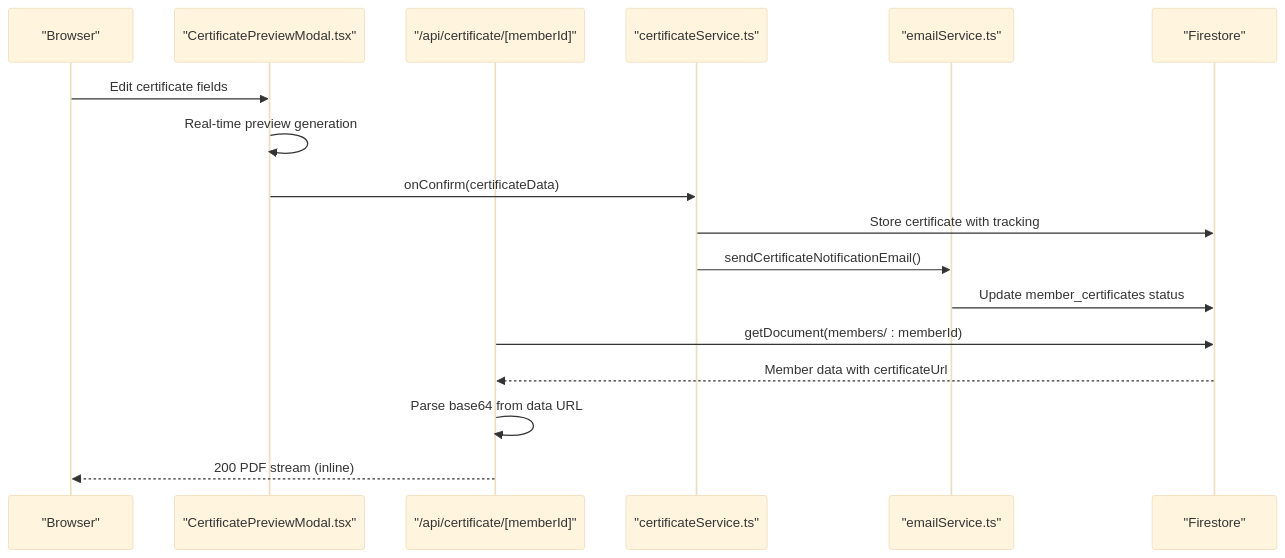
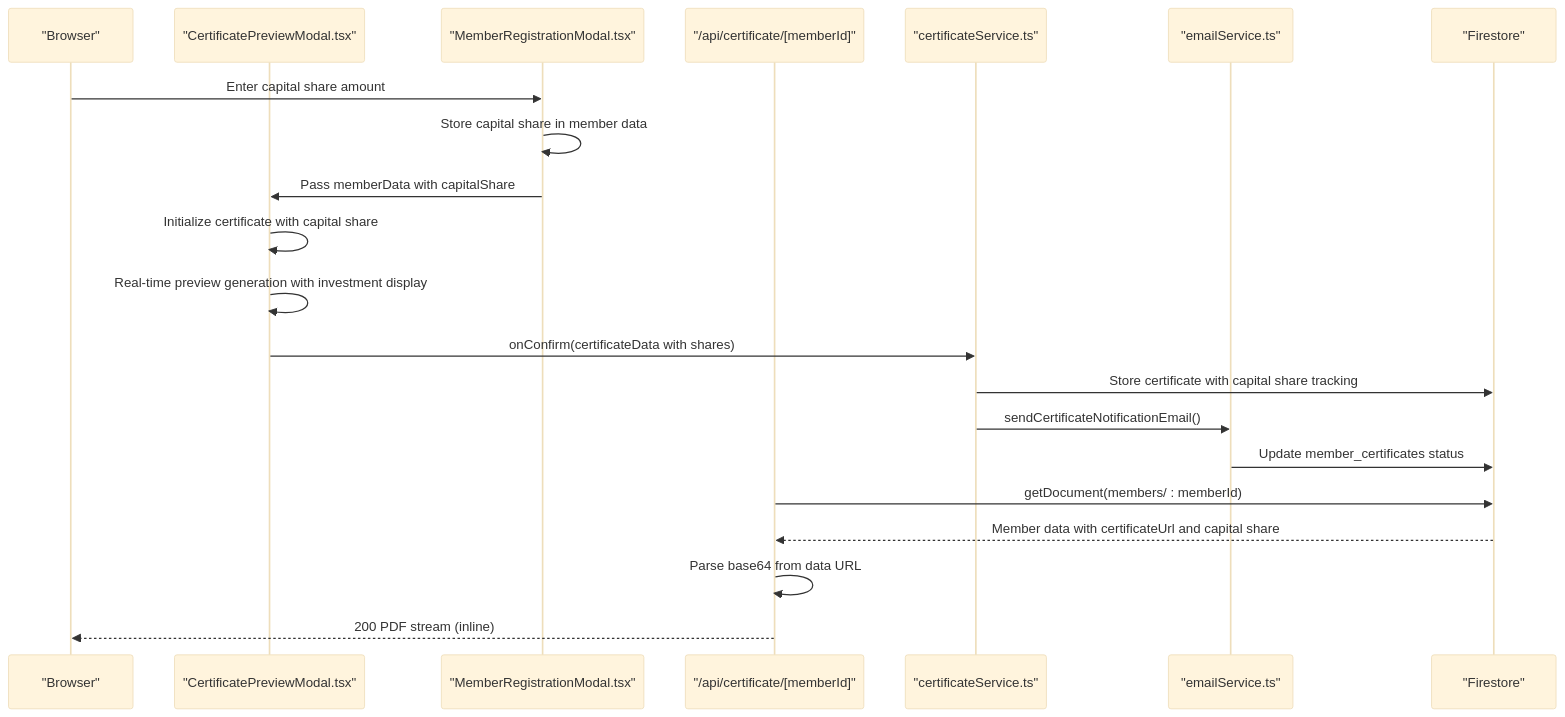
Before and after one commit to Unsure-bry/sampacoop_system: the second of 7 diagrams in .qoder/repowiki/en/content/Email & Notification System/Certificate Generation System.md, drawn with Mermaid (base theme). The commit also changed other lines of this file and 5 other files, not shown here.

Commit message:
Update for Pending Capital Share Card

````diff
--- a/.qoder/repowiki/en/content/Email & Notification System/Certificate Generation System.md
+++ b/.qoder/repowiki/en/content/Email & Notification System/Certificate Generation System.md
@@ -151,19 +166,23 @@
 ```mermaid
 sequenceDiagram
 participant Client as "Browser"
 participant Preview as "CertificatePreviewModal.tsx"
+participant Registration as "MemberRegistrationModal.tsx"
 participant API as "/api/certificate/[memberId]"
 participant Service as "certificateService.ts"
 participant Email as "emailService.ts"
 participant FS as "Firestore"
-Client->>Preview : Edit certificate fields
-Preview->>Preview : Real-time preview generation
-Preview->>Service : onConfirm(certificateData)
-Service->>FS : Store certificate with tracking
+Client->>Registration : Enter capital share amount
+Registration->>Registration : Store capital share in member data
+Registration->>Preview : Pass memberData with capitalShare
+Preview->>Preview : Initialize certificate with capital share
+Preview->>Preview : Real-time preview generation with investment display
+Preview->>Service : onConfirm(certificateData with shares)
+Service->>FS : Store certificate with capital share tracking
 Service->>Email : sendCertificateNotificationEmail()
 Email->>FS : Update member_certificates status
 API->>FS : getDocument(members/ : memberId)
-FS-->>API : Member data with certificateUrl
+FS-->>API : Member data with certificateUrl and capital share
 API->>API : Parse base64 from data URL
 API-->>Client : 200 PDF stream (inline)
 ```
````
